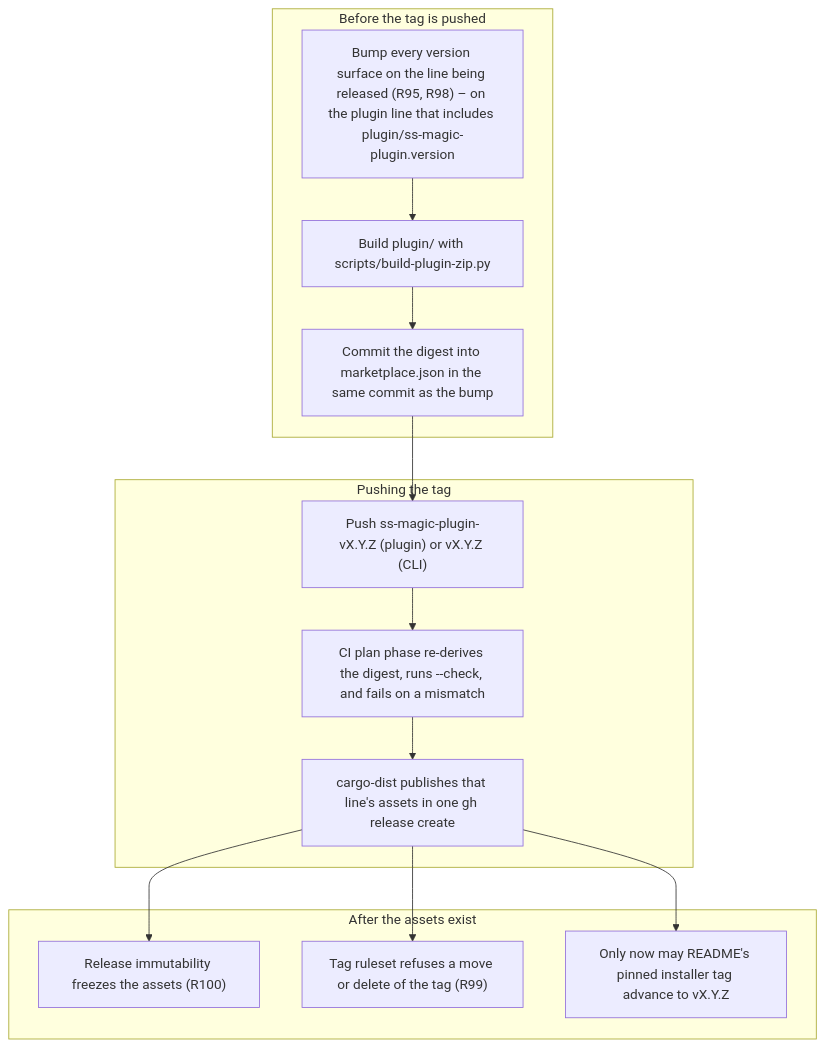
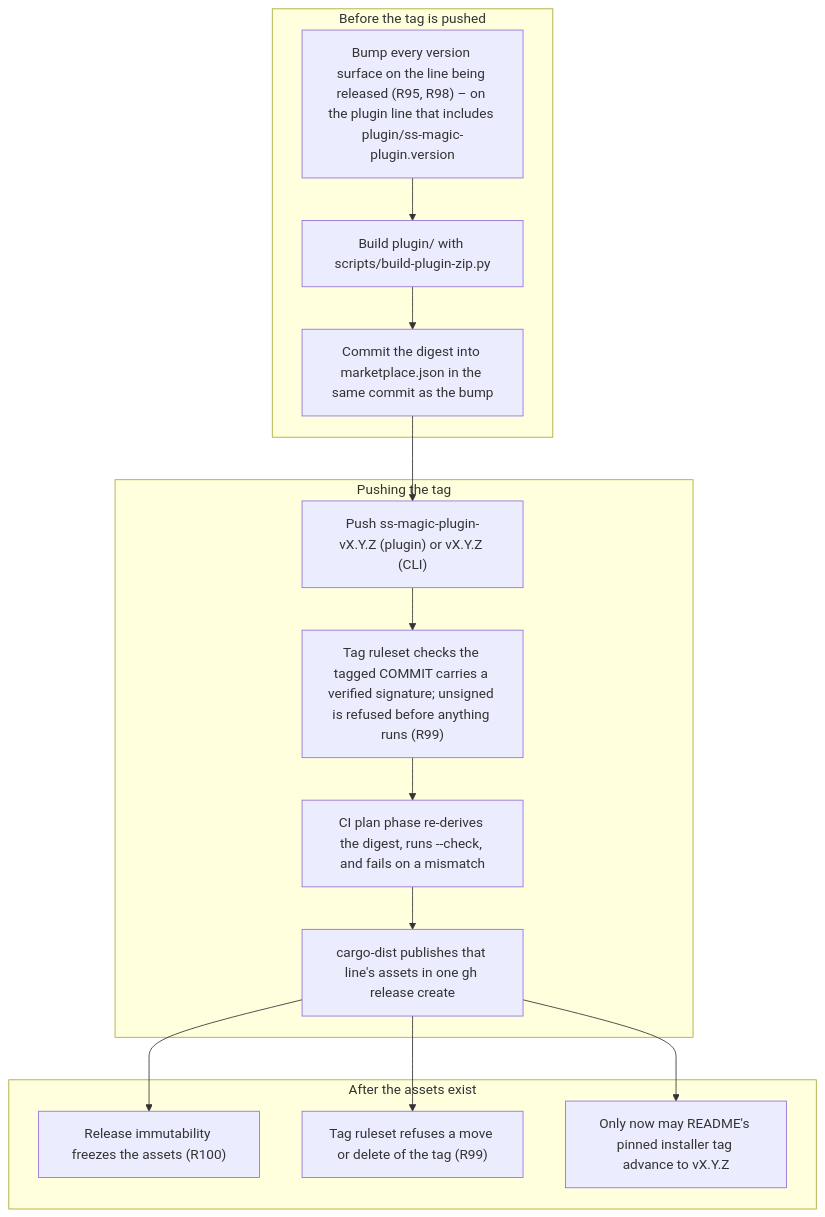
One commit to ViktorStiskala/superset-magic changed the diagram in docs/runbooks/forge-tag-and-release-protection.md. Above: the diagram before and after it, drawn with Mermaid. The commit also changed other lines of this file and 3 other files, not shown here.

````diff
--- a/docs/runbooks/forge-tag-and-release-protection.md
+++ b/docs/runbooks/forge-tag-and-release-protection.md
@@ -37,17 +45,18 @@
 ```mermaid
 flowchart TD
   subgraph before["Before the tag is pushed"]
     A["Bump every version surface on the line being released (R95, R98) – on the plugin line that includes plugin/ss-magic-plugin.version"] --> B["Build plugin/ with scripts/build-plugin-zip.py"]
     B --> C["Commit the digest into marketplace.json in the same commit as the bump"]
   end
   subgraph tagging["Pushing the tag"]
     C --> D["Push ss-magic-plugin-vX.Y.Z (plugin) or vX.Y.Z (CLI)"]
-    D --> E["CI plan phase re-derives the digest, runs --check, and fails on a mismatch"]
+    D --> S["Tag ruleset checks the tagged COMMIT carries a verified signature; unsigned is refused before anything runs (R99)"]
+    S --> E["CI plan phase re-derives the digest, runs --check, and fails on a mismatch"]
     E --> F["cargo-dist publishes that line's assets in one gh release create"]
   end
   subgraph after["After the assets exist"]
     F --> G["Release immutability freezes the assets (R100)"]
     F --> H["Tag ruleset refuses a move or delete of the tag (R99)"]
     F --> I["Only now may README's pinned installer tag advance to vX.Y.Z"]
   end
 ```
````
